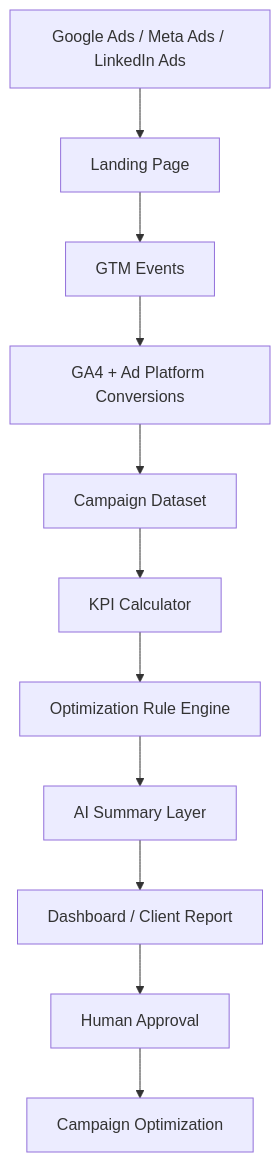
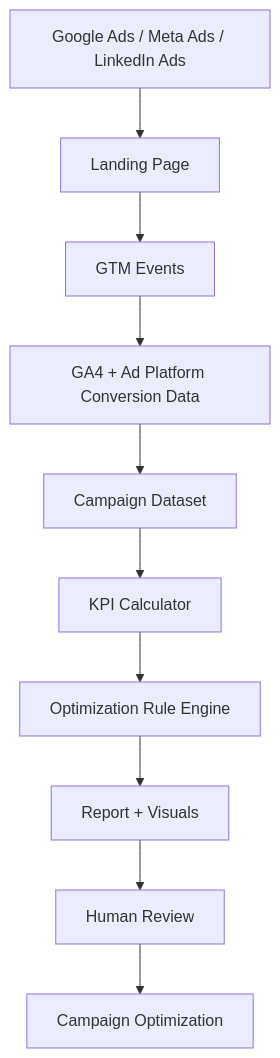
One commit to vaishnavkadhao/ai-performance-marketing-automation-lab changed the second of 3 diagrams in README.md. Above: the diagram before and after it, drawn with Mermaid. The commit also changed other lines of this file, not shown here.

````diff
--- a/README.md
+++ b/README.md
@@ -92,13 +80,12 @@
 ```mermaid
 flowchart TD
     A[Google Ads / Meta Ads / LinkedIn Ads] --> B[Landing Page]
     B --> C[GTM Events]
-    C --> D[GA4 + Ad Platform Conversions]
+    C --> D[GA4 + Ad Platform Conversion Data]
     D --> E[Campaign Dataset]
     E --> F[KPI Calculator]
     F --> G[Optimization Rule Engine]
-    G --> H[AI Summary Layer]
-    H --> I[Dashboard / Client Report]
-    I --> J[Human Approval]
-    J --> K[Campaign Optimization]
+    G --> H[Report + Visuals]
+    H --> I[Human Review]
+    I --> J[Campaign Optimization]
 ```
````
